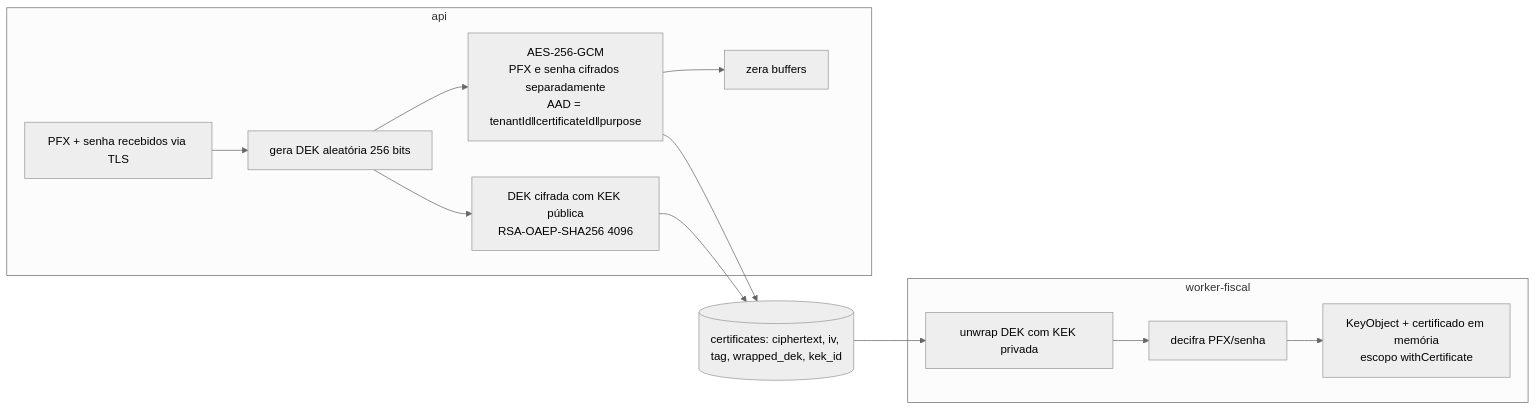
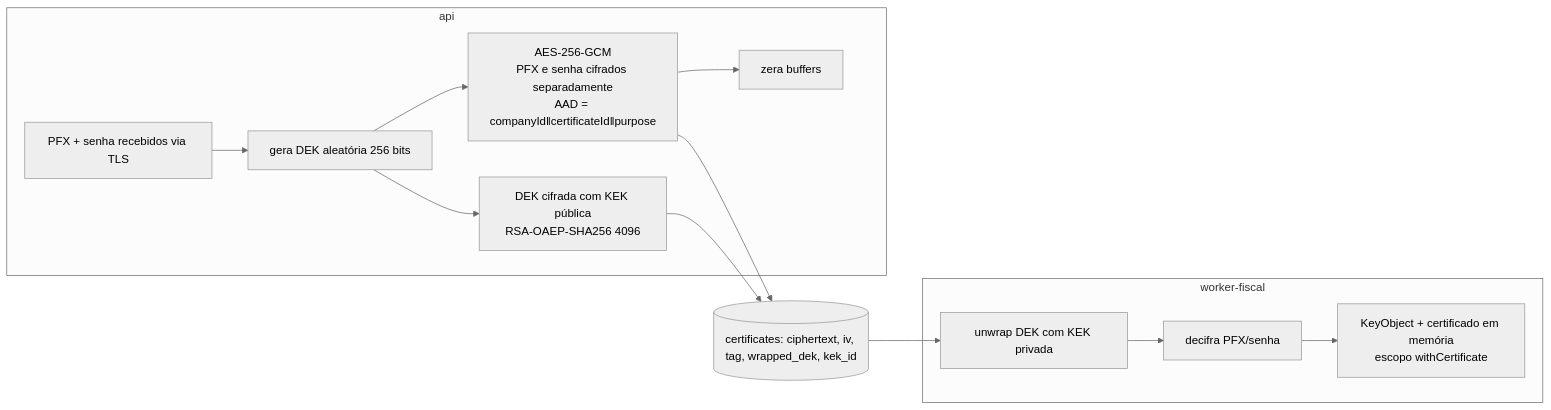
Before and after one commit to Act962/orbita-nfe: the diagram in docs/architecture/13-seguranca-certificados.md, drawn with Mermaid (neutral theme). The commit also changed other lines of this file and 105 other files, not shown here.

````diff
--- a/docs/architecture/13-seguranca-certificados.md
+++ b/docs/architecture/13-seguranca-certificados.md
@@ -38,16 +38,16 @@
 ```mermaid
 flowchart LR
   subgraph api
     U[PFX + senha recebidos via TLS] --> DEK[gera DEK aleatória 256 bits]
-    DEK --> ENC[AES-256-GCM<br/>PFX e senha cifrados separadamente<br/>AAD = tenantId‖certificateId‖purpose]
+    DEK --> ENC[AES-256-GCM<br/>PFX e senha cifrados separadamente<br/>AAD = companyId‖certificateId‖purpose]
     DEK --> WRAP[DEK cifrada com KEK pública<br/>RSA-OAEP-SHA256 4096]
     ENC --> Z[zera buffers]
   end
   ENC --> DB[(certificates: ciphertext, iv, tag, wrapped_dek, kek_id)]
   WRAP --> DB
   DB --> WF
   subgraph worker-fiscal
     WF[unwrap DEK com KEK privada] --> DEC[decifra PFX/senha]
     DEC --> KO[KeyObject + certificado em memória<br/>escopo withCertificate]
   end
 ```
````
